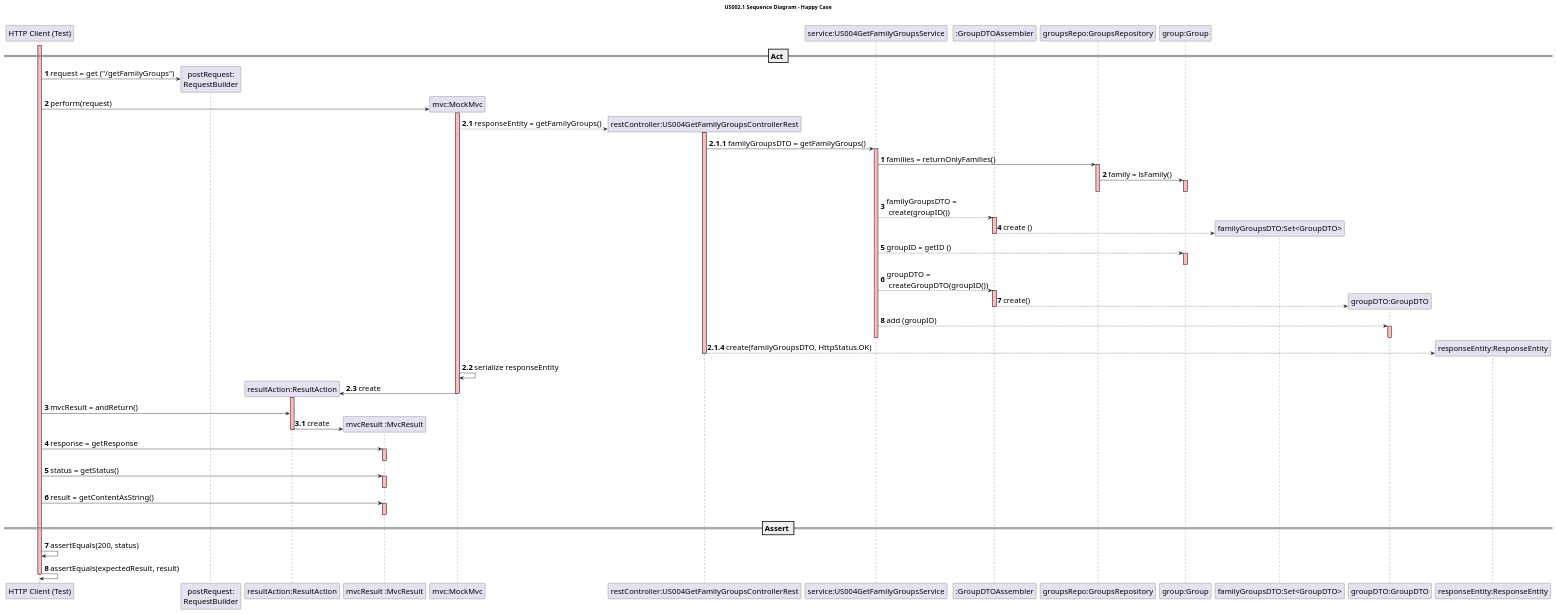
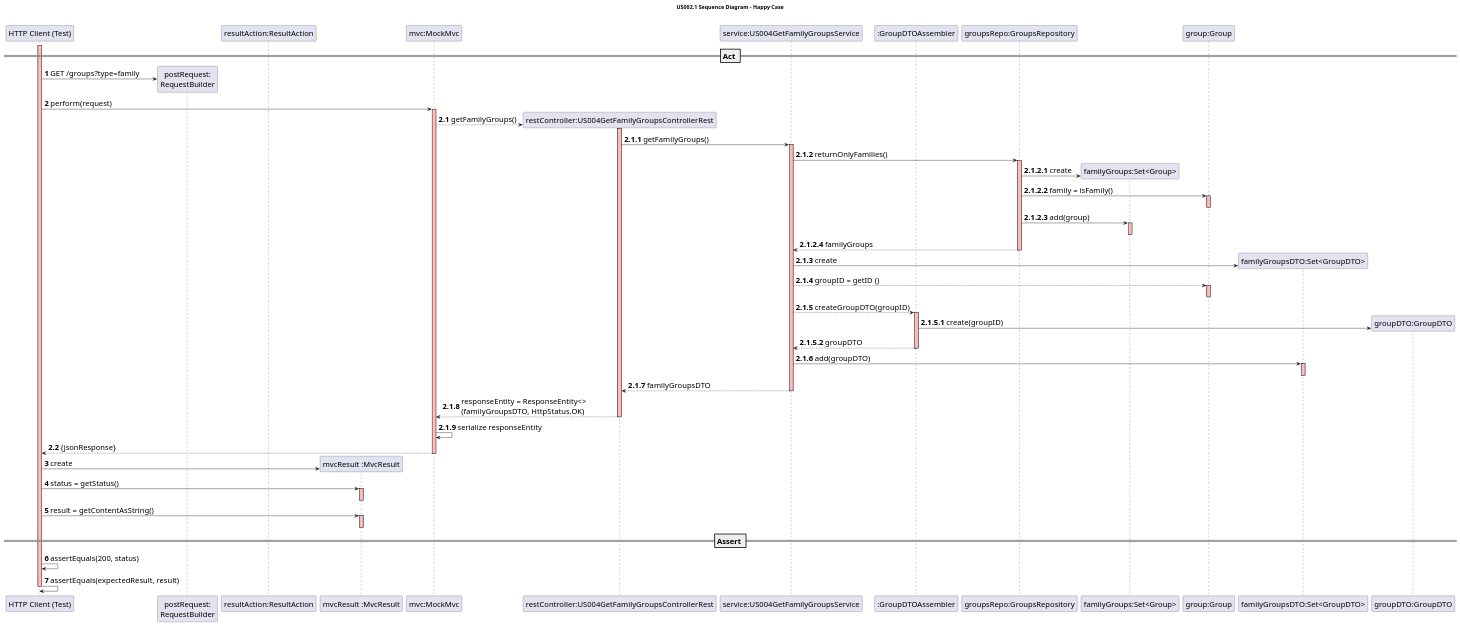
One commit to mleitaoribeiro/DevOpsMaven changed the diagram in src/main/java/switch2019/project/controllerLayer/rest/US004GetFamilyGroupsControllerRest.puml. Above: the diagram before and after it, drawn with PlantUML. The commit also changed 2 other files, not shown here.

```diff
--- a/src/main/java/switch2019/project/controllerLayer/rest/US004GetFamilyGroupsControllerRest.puml
+++ b/src/main/java/switch2019/project/controllerLayer/rest/US004GetFamilyGroupsControllerRest.puml
@@ -1,115 +1,106 @@
 @startuml
 
 skinparam DefaultFontSize 20
 
 title US002.1 Sequence Diagram - Happy Case
 
 participant "HTTP Client (Test)"
 participant "postRequest:\nRequestBuilder"
 participant "resultAction:ResultAction"
 participant "mvcResult :MvcResult"
 participant "mvc:MockMvc"
 participant "restController:US004GetFamilyGroupsControllerRest"
 participant "service:US004GetFamilyGroupsService"
 participant ":GroupDTOAssembler"
 participant "groupsRepo:GroupsRepository"
 
-
 autonumber
 activate "HTTP Client (Test)" #FFBBBB
 
 == Act ==
 
 create "postRequest:\nRequestBuilder"
-"HTTP Client (Test)" -> "postRequest:\nRequestBuilder" : request = get ("/getFamilyGroups")
-create "mvc:MockMvc"
+"HTTP Client (Test)" -> "postRequest:\nRequestBuilder" : GET /groups?type=family
+
 "HTTP Client (Test)" -> "mvc:MockMvc" : perform(request)
 activate "mvc:MockMvc"  #FFBBBB
 
 autonumber 2.1
 create "restController:US004GetFamilyGroupsControllerRest"
-"mvc:MockMvc"-->"restController:US004GetFamilyGroupsControllerRest" :responseEntity = getFamilyGroups()
+"mvc:MockMvc"-->"restController:US004GetFamilyGroupsControllerRest" : getFamilyGroups()
+activate "restController:US004GetFamilyGroupsControllerRest" #FFBBBB
 
 autonumber 2.1.1
-activate "restController:US004GetFamilyGroupsControllerRest" #FFBBBB
-"restController:US004GetFamilyGroupsControllerRest" -> "service:US004GetFamilyGroupsService": familyGroupsDTO = getFamilyGroups()
+"restController:US004GetFamilyGroupsControllerRest" -> "service:US004GetFamilyGroupsService": getFamilyGroups()
 activate "service:US004GetFamilyGroupsService" #FFBBBB
 
-autonumber
-"service:US004GetFamilyGroupsService" -> "groupsRepo:GroupsRepository" : families = returnOnlyFamilies()
+"service:US004GetFamilyGroupsService" -> "groupsRepo:GroupsRepository" : returnOnlyFamilies()
 activate "groupsRepo:GroupsRepository" #FFBBBB
 
-participant "group:Group"
-
-
-
+autonumber 2.1.2.1
+create "familyGroups:Set<Group>"
+"groupsRepo:GroupsRepository" -> "familyGroups:Set<Group>": create
 
 "groupsRepo:GroupsRepository" -> "group:Group" : family = isFamily()
 activate "group:Group" #FFBBBB
 deactivate "group:Group"
+
+"groupsRepo:GroupsRepository" -> "familyGroups:Set<Group>" : add(group)
+activate "familyGroups:Set<Group>" #FFBBBB
+deactivate "familyGroups:Set<Group>"
+
+"groupsRepo:GroupsRepository" --> "service:US004GetFamilyGroupsService" : familyGroups
 deactivate "groupsRepo:GroupsRepository"
-"service:US004GetFamilyGroupsService" --> ":GroupDTOAssembler" : familyGroupsDTO = \n create(groupID())
-activate ":GroupDTOAssembler" #FFBBBB
+
+autonumber 2.1.3
 create "familyGroupsDTO:Set<GroupDTO>"
-":GroupDTOAssembler" --> "familyGroupsDTO:Set<GroupDTO>" : create ()
-deactivate ":GroupDTOAssembler" #FFBBBB
+"service:US004GetFamilyGroupsService" -> "familyGroupsDTO:Set<GroupDTO>": create
+
 "service:US004GetFamilyGroupsService" --> "group:Group" : groupID = getID ()
 activate "group:Group" #FFBBBB
 deactivate "group:Group"
-"service:US004GetFamilyGroupsService" --> ":GroupDTOAssembler" : groupDTO = \n createGroupDTO(groupID())
 
+"service:US004GetFamilyGroupsService" --> ":GroupDTOAssembler" : createGroupDTO(groupID)
 activate ":GroupDTOAssembler" #FFBBBB
+
+autonumber 2.1.5.1
 create "groupDTO:GroupDTO"
-":GroupDTOAssembler" --> "groupDTO:GroupDTO" :create()
-deactivate ":GroupDTOAssembler" #FFBBBB
-"service:US004GetFamilyGroupsService" --> "groupDTO:GroupDTO" : add (groupID)
+":GroupDTOAssembler" -> "groupDTO:GroupDTO" : create(groupID)
+":GroupDTOAssembler" --> "service:US004GetFamilyGroupsService" : groupDTO
+deactivate ":GroupDTOAssembler"
 
-activate "groupDTO:GroupDTO" #FFBBBB
-deactivate "groupDTO:GroupDTO" #FFBBBB
+autonumber 2.1.6
+"service:US004GetFamilyGroupsService" -> "familyGroupsDTO:Set<GroupDTO>" : add(groupDTO)
+activate "familyGroupsDTO:Set<GroupDTO>" #FFBBBB
+deactivate "familyGroupsDTO:Set<GroupDTO>"
 
+"service:US004GetFamilyGroupsService" --> "restController:US004GetFamilyGroupsControllerRest": familyGroupsDTO
 deactivate "service:US004GetFamilyGroupsService"
 
-
-autonumber 2.1.4
-create "responseEntity:ResponseEntity"
-"restController:US004GetFamilyGroupsControllerRest" --> "responseEntity:ResponseEntity": create(familyGroupsDTO, HttpStatus.OK)
-
+"restController:US004GetFamilyGroupsControllerRest" --> "mvc:MockMvc": responseEntity = ResponseEntity<> \n(familyGroupsDTO, HttpStatus.OK)
 deactivate "restController:US004GetFamilyGroupsControllerRest"
+"mvc:MockMvc" -> "mvc:MockMvc" : serialize responseEntity
 
 autonumber 2.2
-"mvc:MockMvc" -> "mvc:MockMvc": serialize responseEntity
-
-autonumber 2.3
-create "resultAction:ResultAction"
-"mvc:MockMvc" -> "resultAction:ResultAction" : create
-activate "resultAction:ResultAction" #FFBBBB
+"mvc:MockMvc" --> "HTTP Client (Test)" : {jsonResponse}
 deactivate "mvc:MockMvc"
 
 autonumber 3
-
-"HTTP Client (Test)" -> "resultAction:ResultAction" : mvcResult = andReturn()
-
 create "mvcResult :MvcResult"
-autonumber 3.1
-"resultAction:ResultAction" -> "mvcResult :MvcResult" : create
+"HTTP Client (Test)" -> "mvcResult :MvcResult" : create
 deactivate "resultAction:ResultAction"
-
-autonumber 4
-"HTTP Client (Test)" -> "mvcResult :MvcResult" : response = getResponse
-activate "mvcResult :MvcResult" #FFBBBB
-deactivate "mvcResult :MvcResult"
 
 "HTTP Client (Test)" -> "mvcResult :MvcResult" : status = getStatus()
 activate "mvcResult :MvcResult" #FFBBBB
 deactivate "mvcResult :MvcResult"
 
 "HTTP Client (Test)" -> "mvcResult :MvcResult" : result = getContentAsString()
 activate "mvcResult :MvcResult" #FFBBBB
 deactivate "mvcResult :MvcResult"
 
 == Assert ==
 "HTTP Client (Test)" -> "HTTP Client (Test)" : assertEquals(200, status)
 "HTTP Client (Test)" -> "HTTP Client (Test)" : assertEquals(expectedResult, result)
 deactivate "HTTP Client (Test)"
 
 @enduml
```
